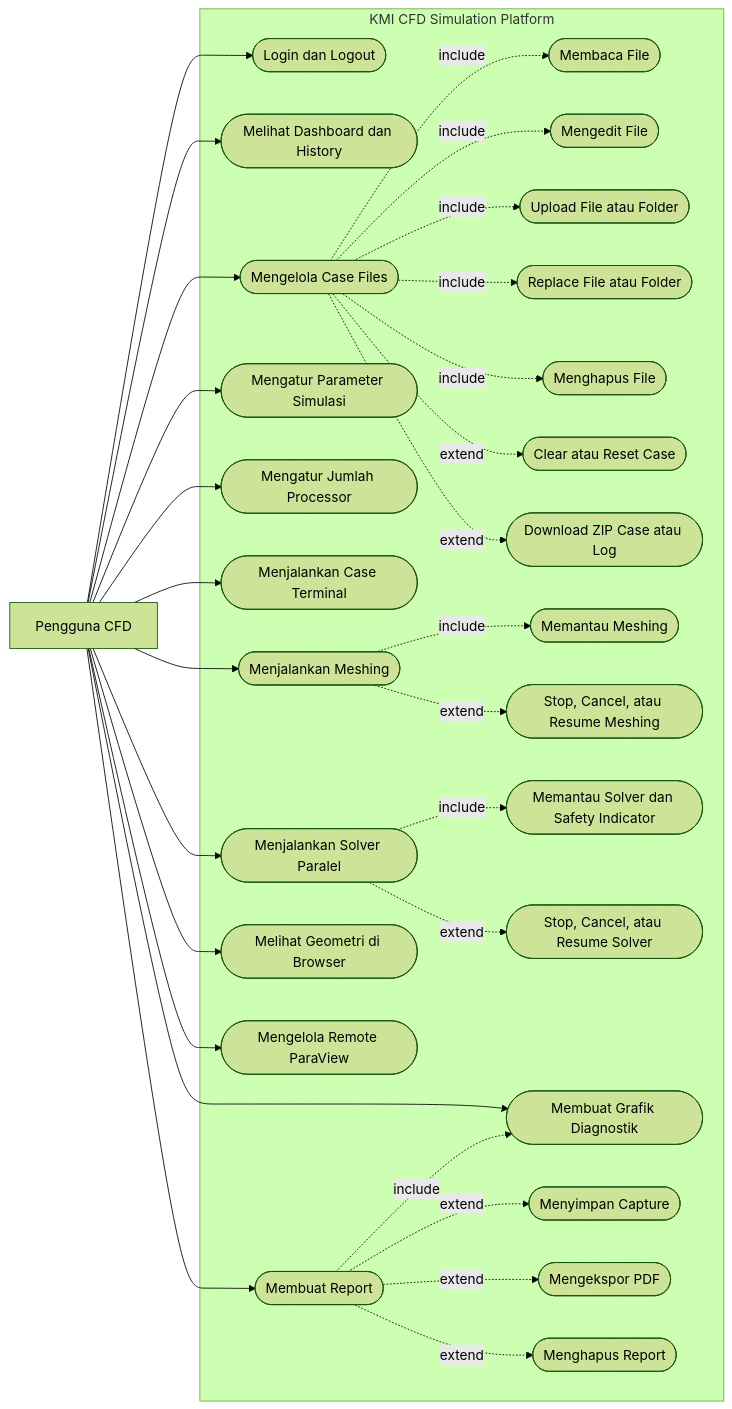
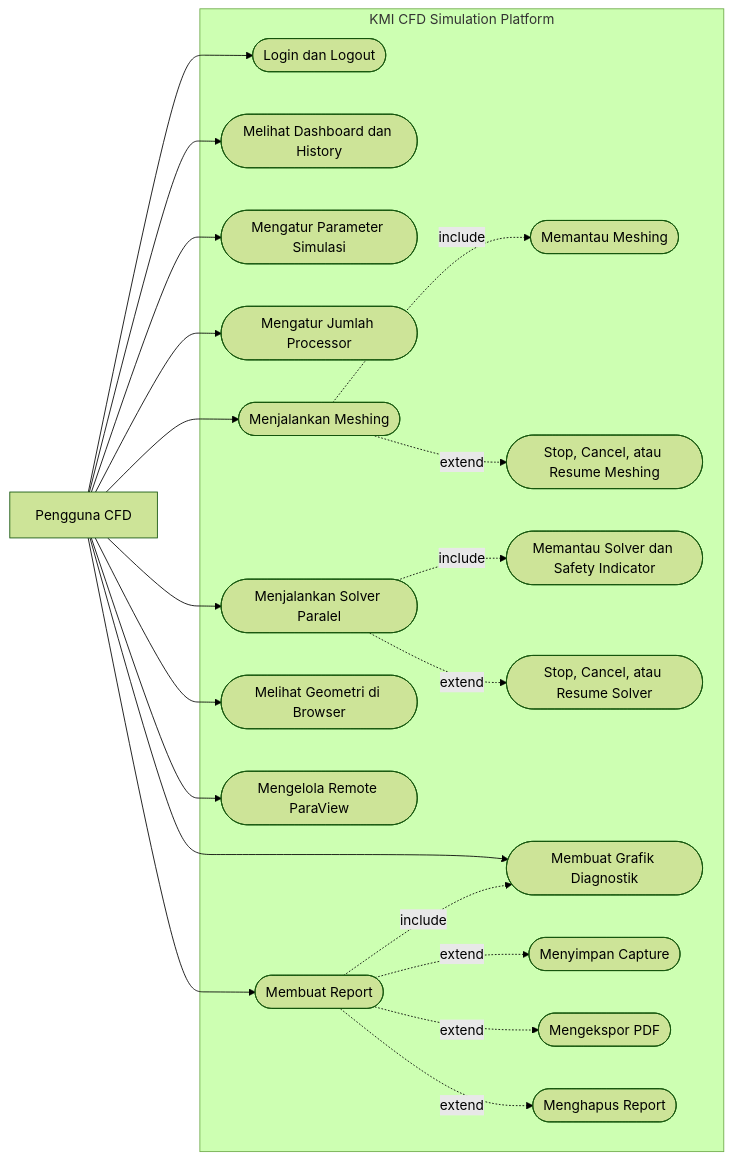
The diagram in UML/use-case.md (noosabaktee/interface_onproduct), drawn with Mermaid (forest theme) before and after one commit. The commit also changed other lines of this file and 25 other files, not shown here.

Commit message:
delete case file manager & terminal for skripsi

````diff
--- a/UML/use-case.md
+++ b/UML/use-case.md
@@ -9,70 +9,50 @@
 ```mermaid
 flowchart LR
     USER[Pengguna CFD]
 
     subgraph SYS[KMI CFD Simulation Platform]
         LOGIN([Login dan Logout])
         DASH([Melihat Dashboard dan History])
 
-        CASE([Mengelola Case Files])
-        READ([Membaca File])
-        EDIT([Mengedit File])
-        UPLOAD([Upload File atau Folder])
-        REPLACE([Replace File atau Folder])
-        DELETE([Menghapus File])
-        CLEAR([Clear atau Reset Case])
-        ARCHIVE([Download ZIP Case atau Log])
-
         PARAM([Mengatur Parameter Simulasi])
         PROC([Mengatur Jumlah Processor])
-        TERM([Menjalankan Case Terminal])
 
         MESH([Menjalankan Meshing])
         MESHMON([Memantau Meshing])
         MESHCTRL([Stop, Cancel, atau Resume Meshing])
 
         SOLVER([Menjalankan Solver Paralel])
         SOLVMON([Memantau Solver dan Safety Indicator])
         SOLVCTRL([Stop, Cancel, atau Resume Solver])
 
         GRAPH([Membuat Grafik Diagnostik])
         WEBPV([Melihat Geometri di Browser])
         REMOTEPV([Mengelola Remote ParaView])
 
         REPORT([Membuat Report])
         CAPTURE([Menyimpan Capture])
         PDF([Mengekspor PDF])
         DELREPORT([Menghapus Report])
     end
 
     USER --> LOGIN
     USER --> DASH
-    USER --> CASE
     USER --> PARAM
     USER --> PROC
-    USER --> TERM
     USER --> MESH
     USER --> SOLVER
     USER --> GRAPH
     USER --> WEBPV
     USER --> REMOTEPV
     USER --> REPORT
-
-    CASE -. include .-> READ
-    CASE -. include .-> EDIT
-    CASE -. include .-> UPLOAD
-    CASE -. include .-> REPLACE
-    CASE -. include .-> DELETE
-    CASE -. extend .-> CLEAR
-    CASE -. extend .-> ARCHIVE
 
     MESH -. include .-> MESHMON
     MESH -. extend .-> MESHCTRL
     SOLVER -. include .-> SOLVMON
     SOLVER -. extend .-> SOLVCTRL
 
     REPORT -. include .-> GRAPH
     REPORT -. extend .-> CAPTURE
     REPORT -. extend .-> PDF
     REPORT -. extend .-> DELREPORT
 ```
````
